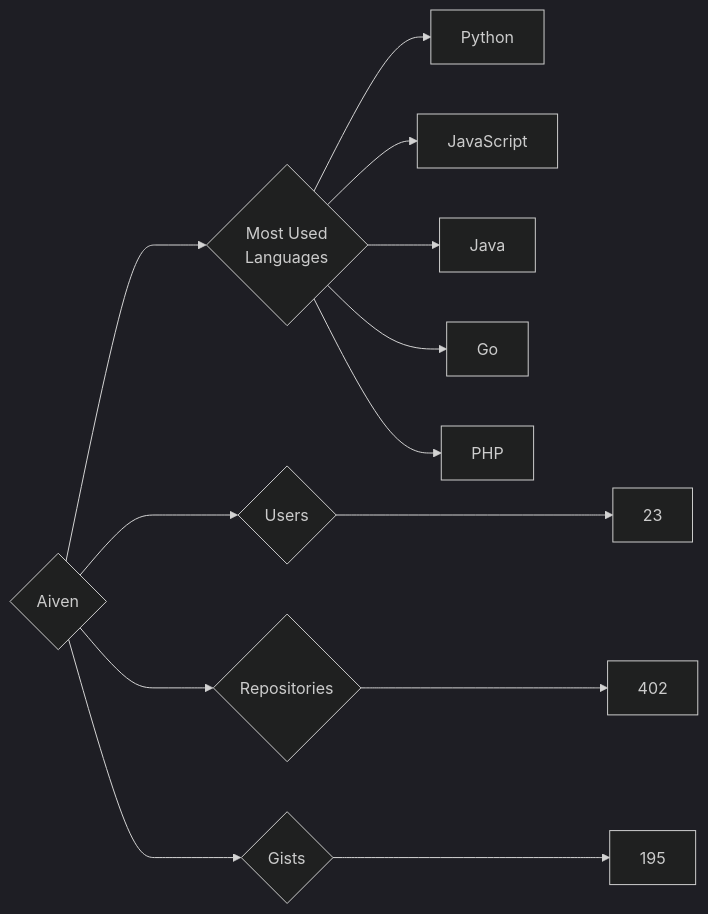
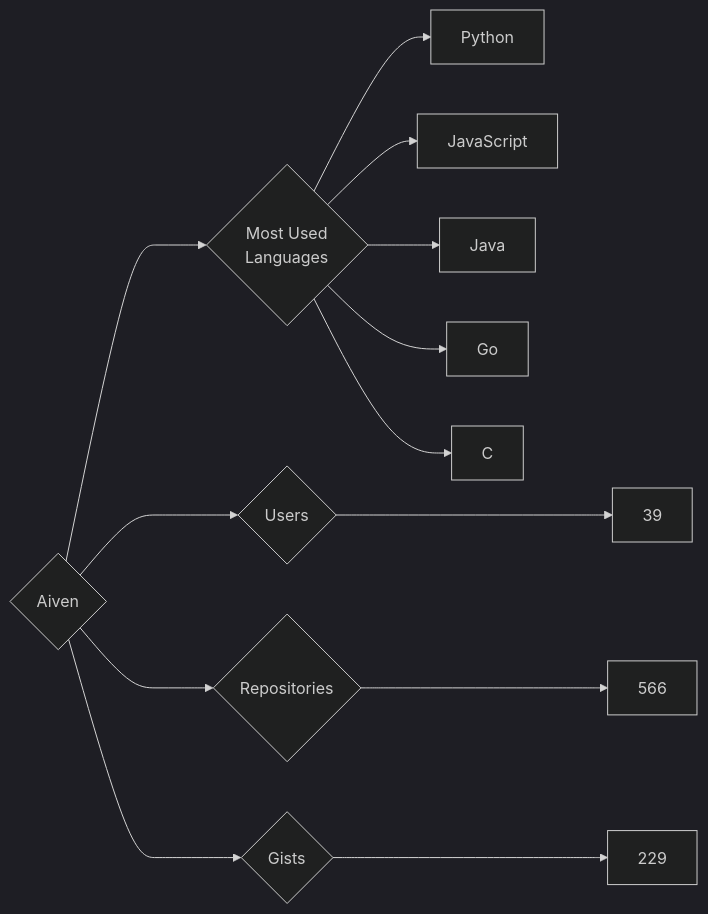
One commit to trickest/insiders changed the diagram in targets/Aiven/README.md. Above: the diagram before and after it, drawn with Mermaid (dark theme). The commit also changed 900 other files, not shown here.

````diff
--- a/targets/Aiven/README.md
+++ b/targets/Aiven/README.md
@@ -3,13 +3,13 @@
 ```mermaid
 graph LR
 COMPANY_NAME{Aiven}
-COMPANY_NAME ---> U{Users} ---> UN[23]
-COMPANY_NAME ---> R{Repositories} ---> RN[402]
-COMPANY_NAME ---> G{Gists} ---> GN[195]
+COMPANY_NAME ---> U{Users} ---> UN[39]
+COMPANY_NAME ---> R{Repositories} ---> RN[566]
+COMPANY_NAME ---> G{Gists} ---> GN[229]
 COMPANY_NAME ---> ML{Most Used<br>Languages}
 ML --> Python[Python]
 ML --> JavaScript[JavaScript]
 ML --> Java[Java]
 ML --> Go[Go]
-ML --> PHP[PHP]
+ML --> C[C]
 ```
````
